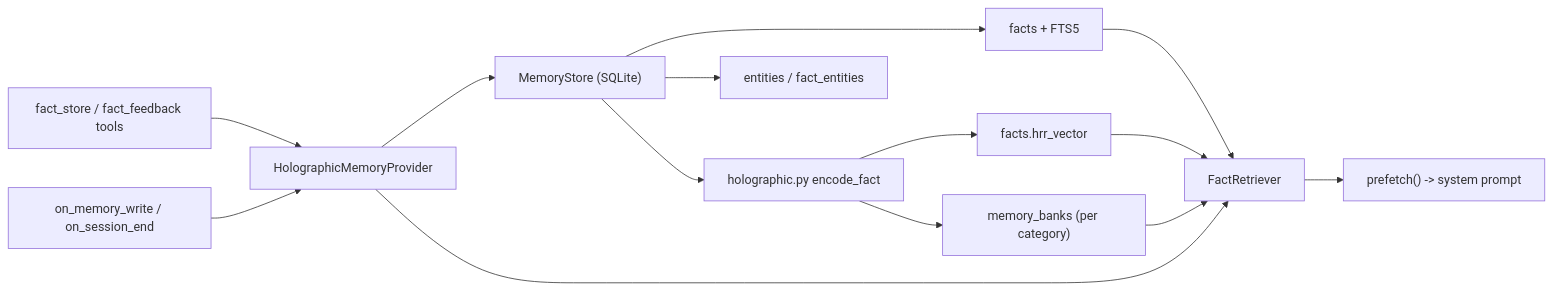
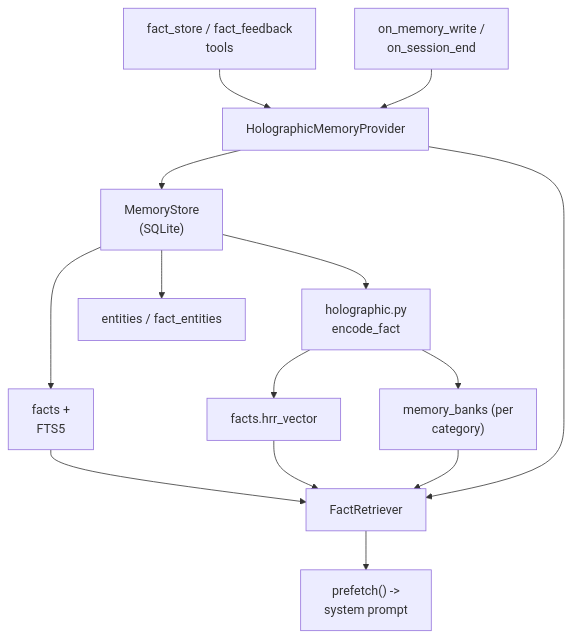
The diagram in content/systems/holographic.md (neoneye/agent-memory-atlas), drawn with Mermaid before and after one commit. The commit also changed 99 other files, not shown here.

First line of the commit message:
Reshape the remaining 49 diagrams so their labels are legible

````diff
--- a/content/systems/holographic.md
+++ b/content/systems/holographic.md
@@ -117,16 +117,16 @@
 ```mermaid
-flowchart LR
-  Tools["fact_store / fact_feedback tools"] --> Provider["HolographicMemoryProvider"]
-  Hooks["on_memory_write / on_session_end"] --> Provider
-  Provider --> Store["MemoryStore (SQLite)"]
-  Store --> Facts["facts + FTS5"]
+flowchart TD
+  Tools["fact_store / fact_feedback<br/>tools"] --> Provider["HolographicMemoryProvider"]
+  Hooks["on_memory_write /<br/>on_session_end"] --> Provider
+  Provider --> Store["MemoryStore<br/>(SQLite)"]
+  Store --> Facts["facts +<br/>FTS5"]
   Store --> Ents["entities / fact_entities"]
-  Store --> HRR["holographic.py encode_fact"]
+  Store --> HRR["holographic.py<br/>encode_fact"]
   HRR --> Vec["facts.hrr_vector"]
-  HRR --> Bank["memory_banks (per category)"]
+  HRR --> Bank["memory_banks (per<br/>category)"]
   Provider --> Retr["FactRetriever"]
   Facts --> Retr
   Vec --> Retr
   Bank --> Retr
-  Retr --> Prompt["prefetch() -> system prompt"]
+  Retr --> Prompt["prefetch() -><br/>system prompt"]
 ```
````
